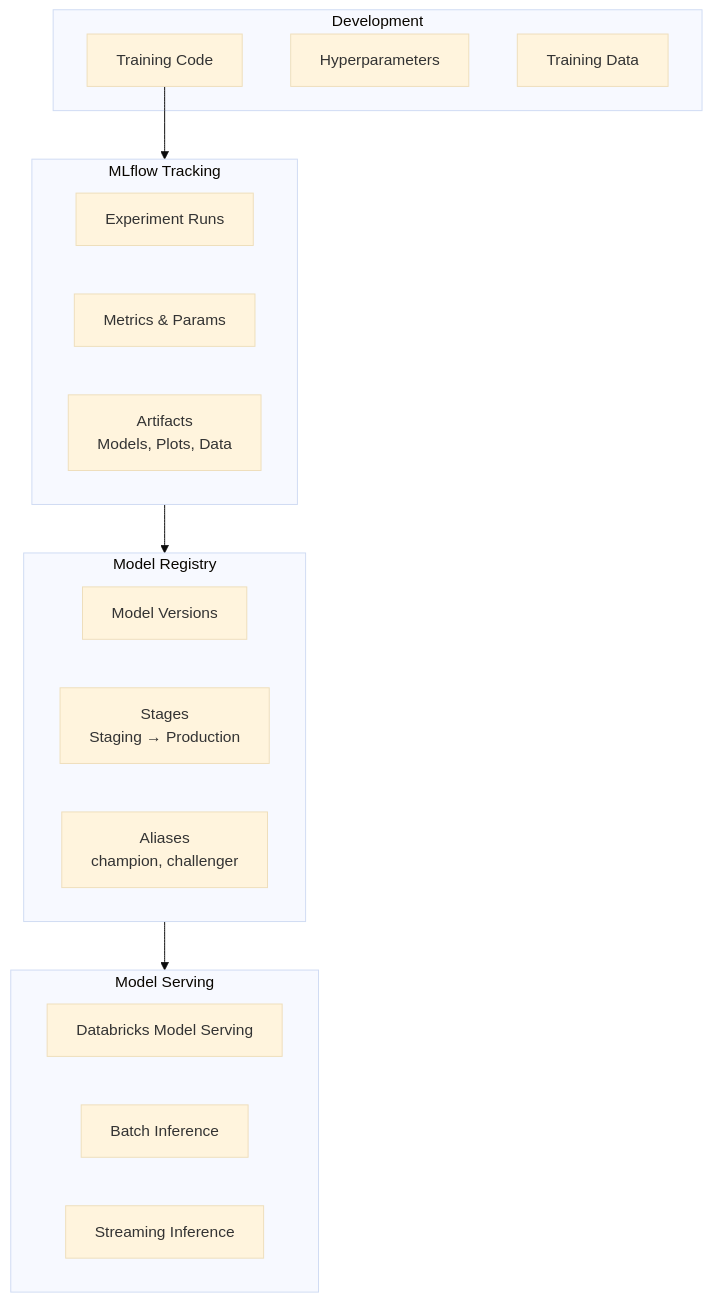
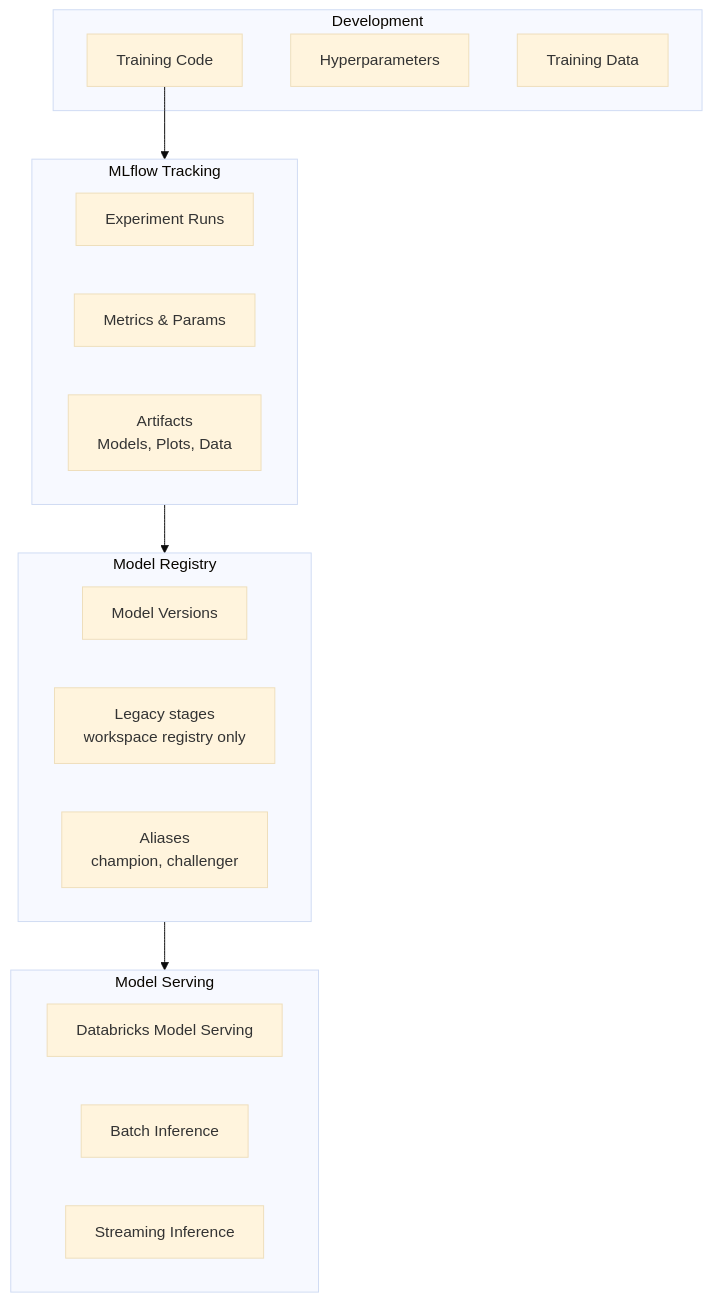
The diagram in shared/fundamentals/mlflow-basics.md (kengio/databricks-certification-study-guide), drawn with Mermaid (base theme) before and after one commit. The commit also changed other lines of this file and 6 other files, not shown here.

````diff
--- a/shared/fundamentals/mlflow-basics.md
+++ b/shared/fundamentals/mlflow-basics.md
@@ -32,30 +32,30 @@
 ```mermaid
 flowchart TB
     subgraph Development["Development"]
         Code[Training Code]
         Params[Hyperparameters]
         Data[Training Data]
     end
 
     subgraph Tracking["MLflow Tracking"]
         Runs[Experiment Runs]
         Metrics[Metrics & Params]
         Artifacts[Artifacts<br>Models, Plots, Data]
     end
 
     subgraph Registry["Model Registry"]
         Versions[Model Versions]
-        Stages[Stages<br>Staging → Production]
+        Stages[Legacy stages<br>workspace registry only]
         Aliases[Aliases<br>champion, challenger]
     end
 
     subgraph Serving["Model Serving"]
         Endpoint[Databricks Model Serving]
         Batch[Batch Inference]
         Streaming[Streaming Inference]
     end
 
     Code --> Tracking
     Tracking --> Registry
     Registry --> Serving
 ```
````
